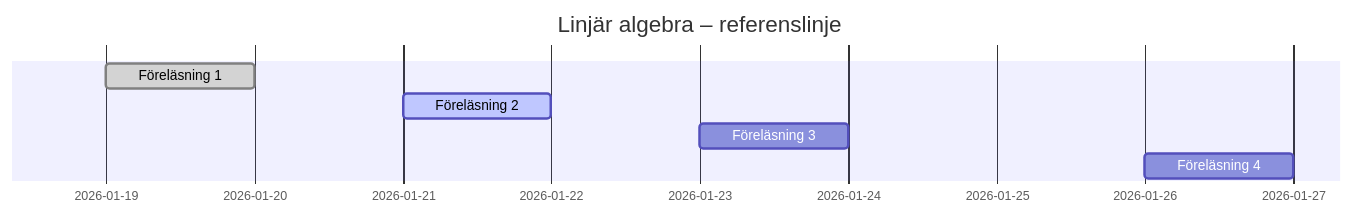
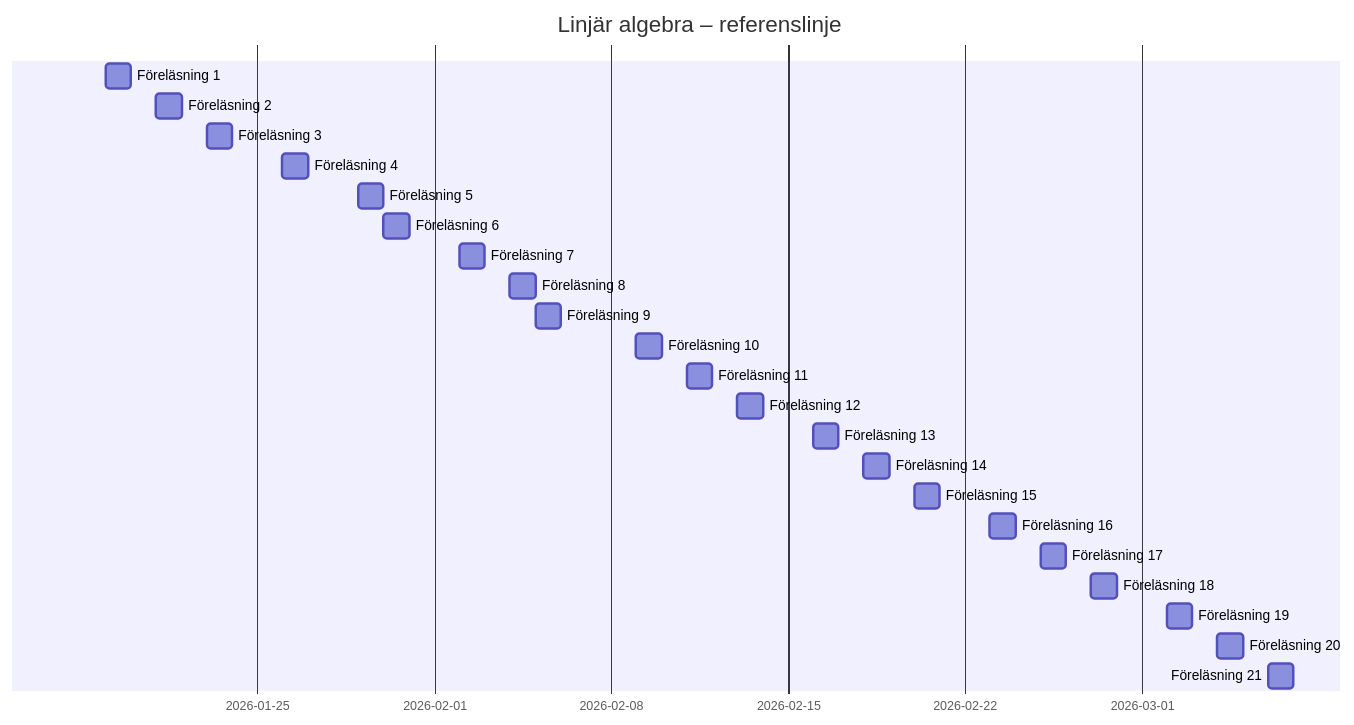
The diagram in Skola/Linjär Algebra/course.md (Scoutboy06/obsidian-vaults), drawn with Mermaid before and after one commit. The commit also changed other lines of this file and 3 other files, not shown here.

````diff
--- a/Skola/Linjär Algebra/course.md
+++ b/Skola/Linjär Algebra/course.md
@@ -46,10 +11,27 @@
 ```mermaid
 gantt
     dateFormat  YYYY-MM-DD
     title Linjär algebra – referenslinje
 
-    Föreläsning 1 :done, f1, 2026-01-19, 1d
-    Föreläsning 2 :active, f2, 2026-01-21, 1d
-    Föreläsning 3 : f3, 2026-01-23, 1d
-    Föreläsning 4 : f4, 2026-01-26, 1d
+    Föreläsning 1  : f1, 2026-01-19, 1d
+    Föreläsning 2  : f2, 2026-01-21, 1d
+    Föreläsning 3  : f3, 2026-01-23, 1d
+    Föreläsning 4  : f4, 2026-01-26, 1d
+    Föreläsning 5  : f5, 2026-01-29, 1d
+    Föreläsning 6  : f6, 2026-01-30, 1d
+    Föreläsning 7  : f7, 2026-02-02, 1d
+    Föreläsning 8  : f8, 2026-02-04, 1d
+    Föreläsning 9  : f9, 2026-02-05, 1d
+    Föreläsning 10 : f10, 2026-02-09, 1d
+    Föreläsning 11 : f11, 2026-02-11, 1d
+    Föreläsning 12 : f12, 2026-02-13, 1d
+    Föreläsning 13 : f13, 2026-02-16, 1d
+    Föreläsning 14 : f14, 2026-02-18, 1d
+    Föreläsning 15 : f15, 2026-02-20, 1d
+    Föreläsning 16 : f16, 2026-02-23, 1d
+    Föreläsning 17 : f17, 2026-02-25, 1d
+    Föreläsning 18 : f18, 2026-02-27, 1d
+    Föreläsning 19 : f19, 2026-03-02, 1d
+    Föreläsning 20 : f20, 2026-03-04, 1d
+    Föreläsning 21 : f21, 2026-03-06, 1d
 ```
````
